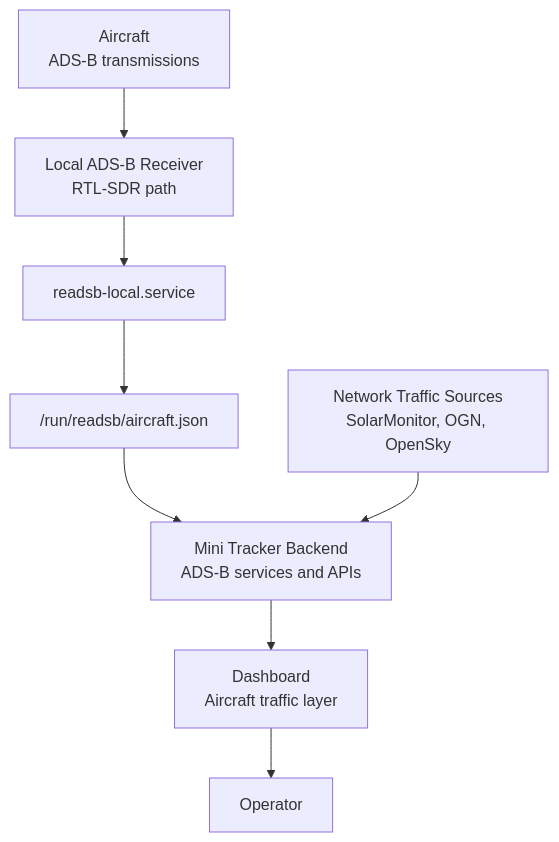
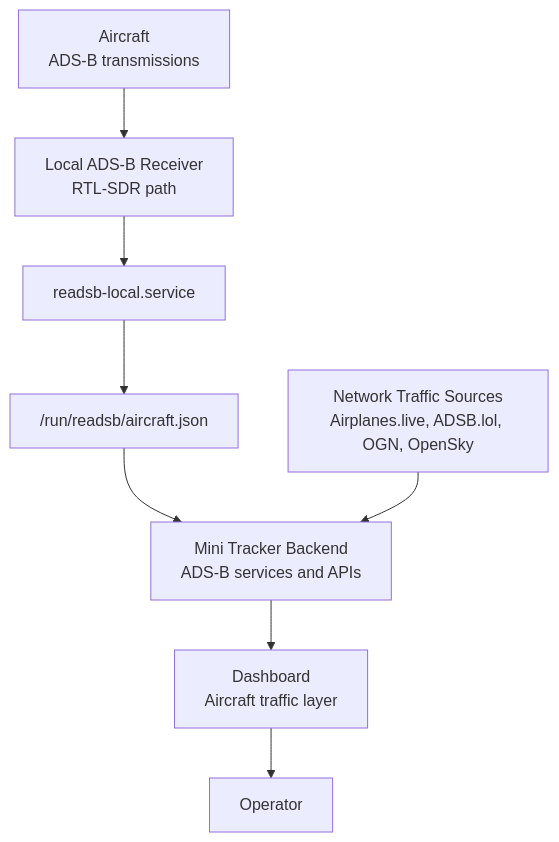
One commit to iz0qwm/drone_detector_antsdr_dronescout changed the first of 2 diagrams in tracker-mini/frontend/help/docs/hardware/ads-b.md. Above: the diagram before and after it, drawn with Mermaid. The commit also changed other lines of this file and 32 other files, not shown here.

````diff
--- a/tracker-mini/frontend/help/docs/hardware/ads-b.md
+++ b/tracker-mini/frontend/help/docs/hardware/ads-b.md
@@ -38,24 +38,24 @@
 ```mermaid
 flowchart TD
 
     Aircraft["Aircraft<br/>ADS-B transmissions"]
     Receiver["Local ADS-B Receiver<br/>RTL-SDR path"]
     Readsb["readsb-local.service"]
     Json["/run/readsb/aircraft.json"]
 
-    NetworkSources["Network Traffic Sources<br/>SolarMonitor, OGN, OpenSky"]
+    NetworkSources["Network Traffic Sources<br/>Airplanes.live, ADSB.lol, OGN, OpenSky"]
 
     Backend["Mini Tracker Backend<br/>ADS-B services and APIs"]
     Dashboard["Dashboard<br/>Aircraft traffic layer"]
     Operator["Operator"]
 
     Aircraft --> Receiver
     Receiver --> Readsb
     Readsb --> Json
     Json --> Backend
 
     NetworkSources --> Backend
 
     Backend --> Dashboard
     Dashboard --> Operator
 ```
````
